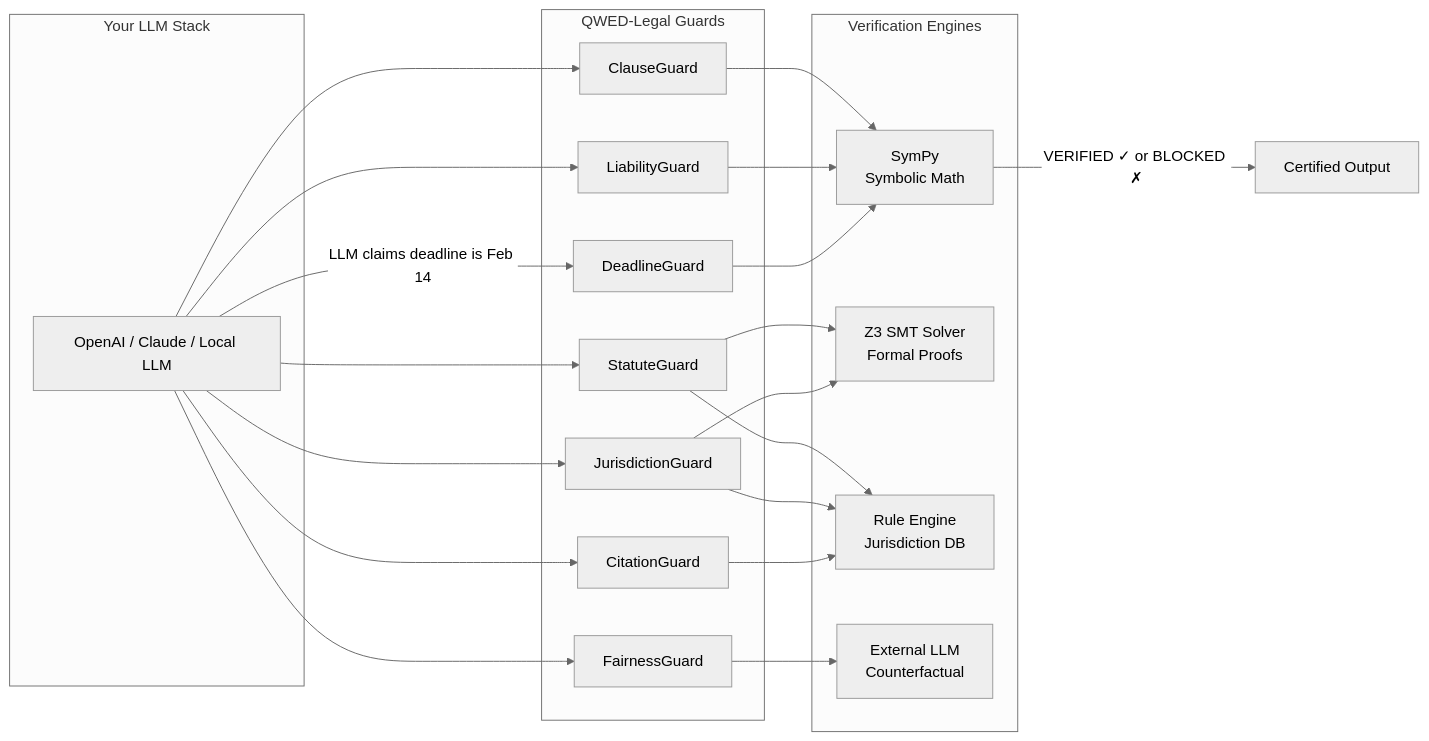
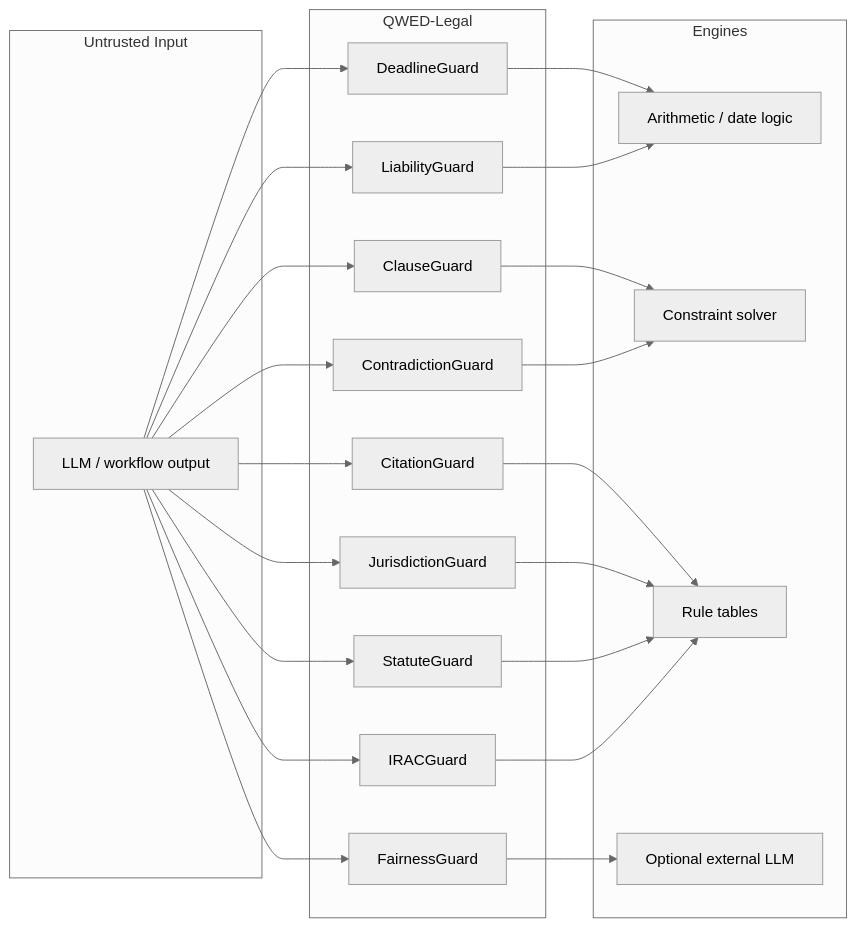
One commit to QWED-AI/qwed-legal changed the diagram in README.md. Above: the diagram before and after it, drawn with Mermaid (neutral theme). The commit also changed other lines of this file, not shown here.

Commit message:
docs: harden README verification boundaries

````diff
--- a/README.md
+++ b/README.md
@@ -374,33 +390,35 @@
 ```mermaid
 flowchart LR
-    subgraph "Your LLM Stack"
-        A[OpenAI / Claude / Local LLM]
+    subgraph "Untrusted Input"
+        A["LLM / workflow output"]
     end
-    
-    subgraph "QWED-Legal Guards"
-        B[DeadlineGuard]
-        C[LiabilityGuard]
-        D[ClauseGuard]
-        E[CitationGuard]
-        F[JurisdictionGuard]
-        G[StatuteGuard]
-        L[FairnessGuard]
+
+    subgraph "QWED-Legal"
+        B["DeadlineGuard"]
+        C["LiabilityGuard"]
+        D["ClauseGuard"]
+        E["CitationGuard"]
+        F["JurisdictionGuard"]
+        G["StatuteGuard"]
+        H["ContradictionGuard"]
+        I["IRACGuard"]
+        J["FairnessGuard"]
     end
-    
-    subgraph "Verification Engines"
-        H[SymPy<br/>Symbolic Math]
-        I[Z3 SMT Solver<br/>Formal Proofs]
-        J[Rule Engine<br/>Jurisdiction DB]
-        M[External LLM<br/>Counterfactual]
+
+    subgraph "Engines"
+        K["Arithmetic / date logic"]
+        L["Constraint solver"]
+        M["Rule tables"]
+        N["Optional external LLM"]
     end
-    
-    A --> |"LLM claims deadline is Feb 14"| B
-    B --> H
-    H --> |"VERIFIED ✓ or BLOCKED ✗"| K[Certified Output]
-    
-    A --> C & D & E & F & G & L
-    C & D --> H
-    E --> J
-    F & G --> I & J
-    L --> M
+
+    A --> B --> K
+    A --> C --> K
+    A --> D --> L
+    A --> E --> M
+    A --> F --> M
+    A --> G --> M
+    A --> H --> L
+    A --> I --> M
+    A --> J --> N
 ```
````
